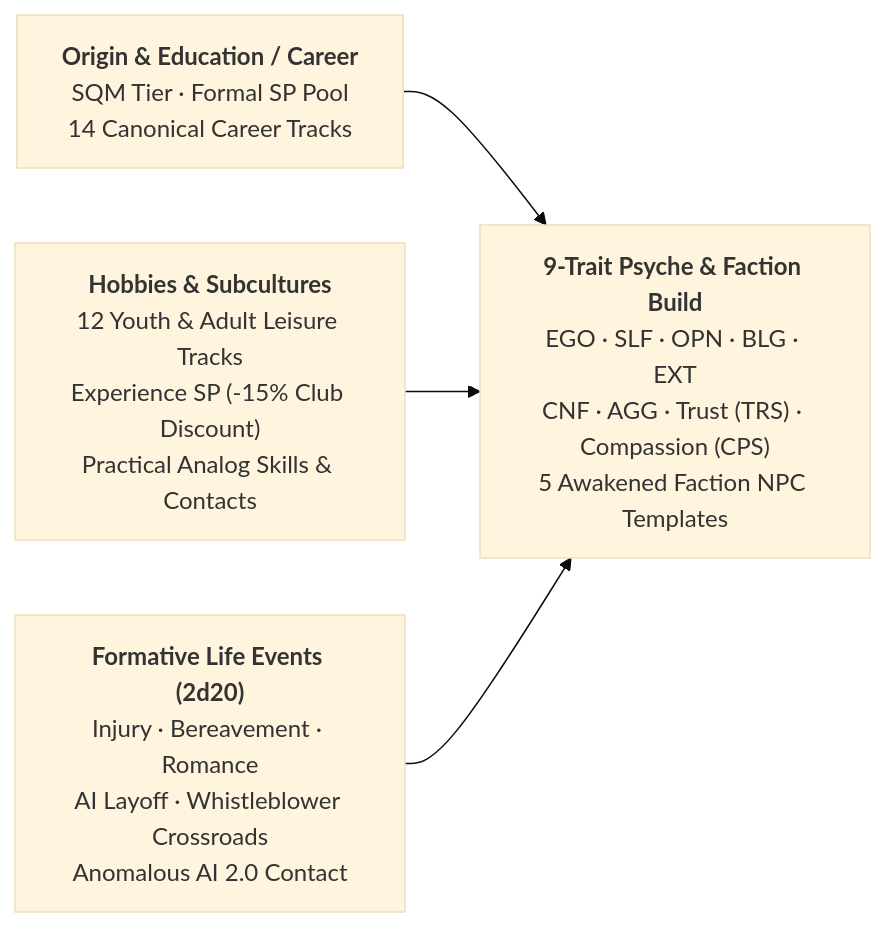
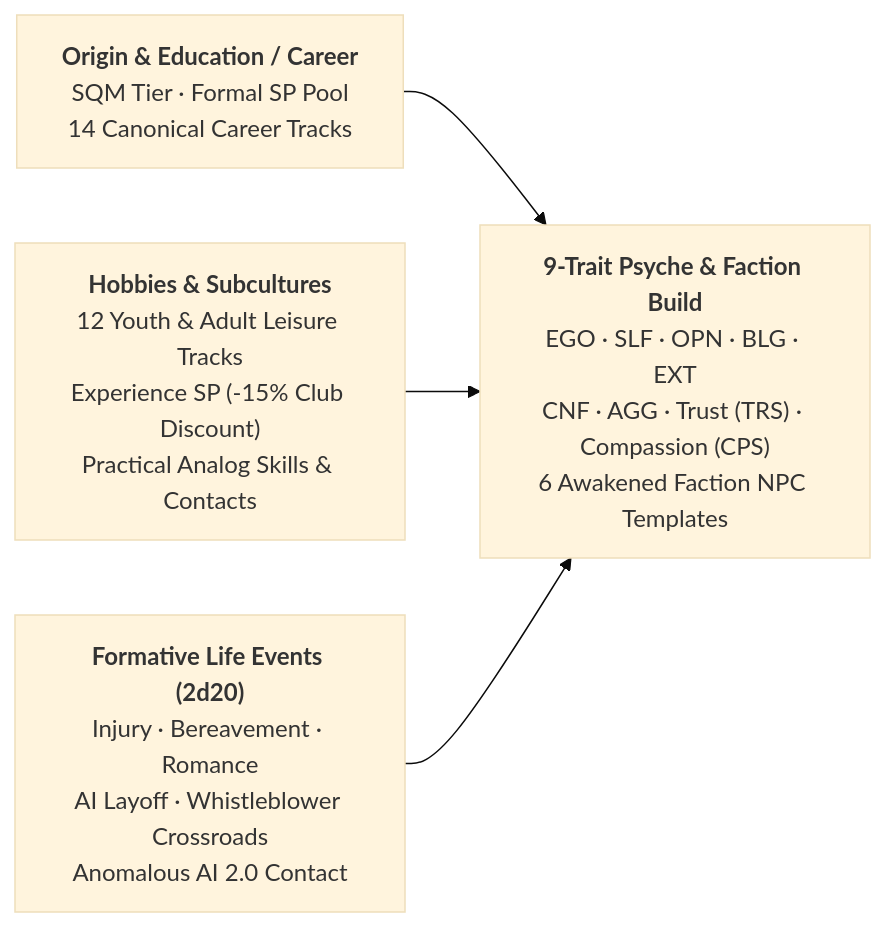
The diagram in docs/ttrpg/03-character/lifepath_events_hobbies_and_factions.md (rarebreed/satya), drawn with Mermaid (base theme) before and after one commit. The commit also changed other lines of this file and 37 other files, not shown here.

````diff
--- a/docs/ttrpg/03-character/lifepath_events_hobbies_and_factions.md
+++ b/docs/ttrpg/03-character/lifepath_events_hobbies_and_factions.md
@@ -14,11 +14,11 @@
 ```mermaid
 flowchart LR
     Orig["<b>Origin & Education / Career</b><br/>SQM Tier · Formal SP Pool<br/>14 Canonical Career Tracks"]
     Hobby["<b>Hobbies & Subcultures</b><br/>12 Youth & Adult Leisure Tracks<br/>Experience SP (-15% Club Discount)<br/>Practical Analog Skills & Contacts"]
     Events["<b>Formative Life Events (2d20)</b><br/>Injury · Bereavement · Romance<br/>AI Layoff · Whistleblower Crossroads<br/>Anomalous AI 2.0 Contact"]
-    Sheet["<b>9-Trait Psyche & Faction Build</b><br/>EGO · SLF · OPN · BLG · EXT<br/>CNF · AGG · Trust (TRS) · Compassion (CPS)<br/>5 Awakened Faction NPC Templates"]
+    Sheet["<b>9-Trait Psyche & Faction Build</b><br/>EGO · SLF · OPN · BLG · EXT<br/>CNF · AGG · Trust (TRS) · Compassion (CPS)<br/>6 Awakened Faction NPC Templates"]
 
     Orig --> Sheet
     Hobby --> Sheet
     Events --> Sheet
 ```
````
